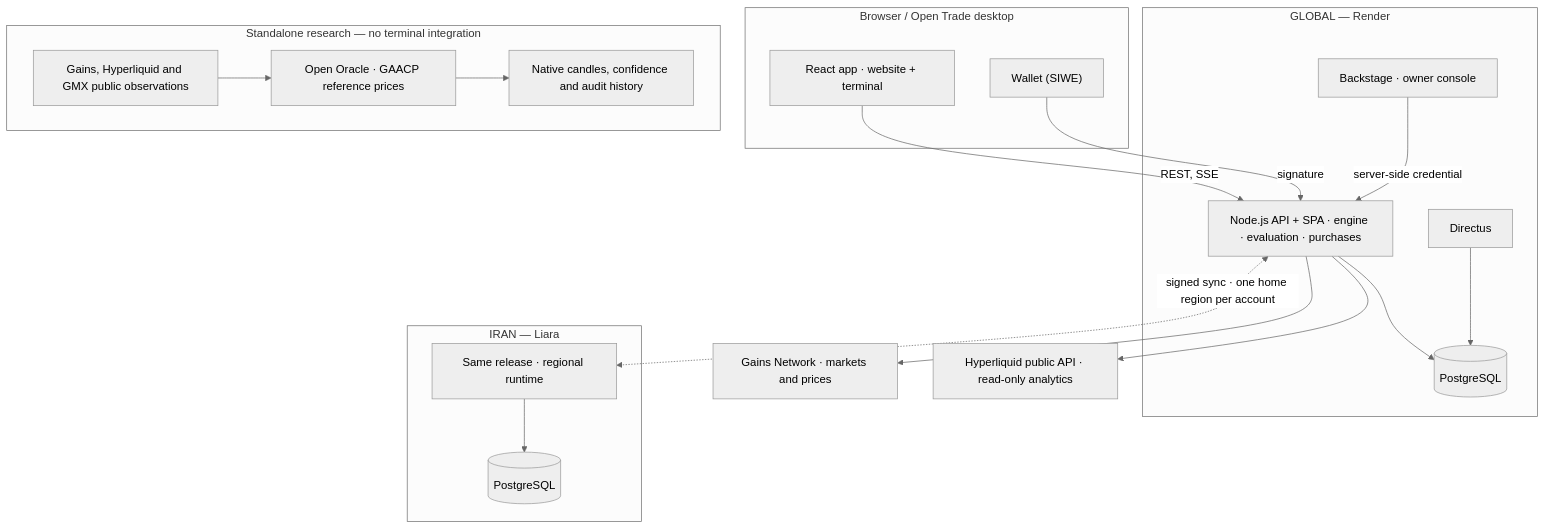
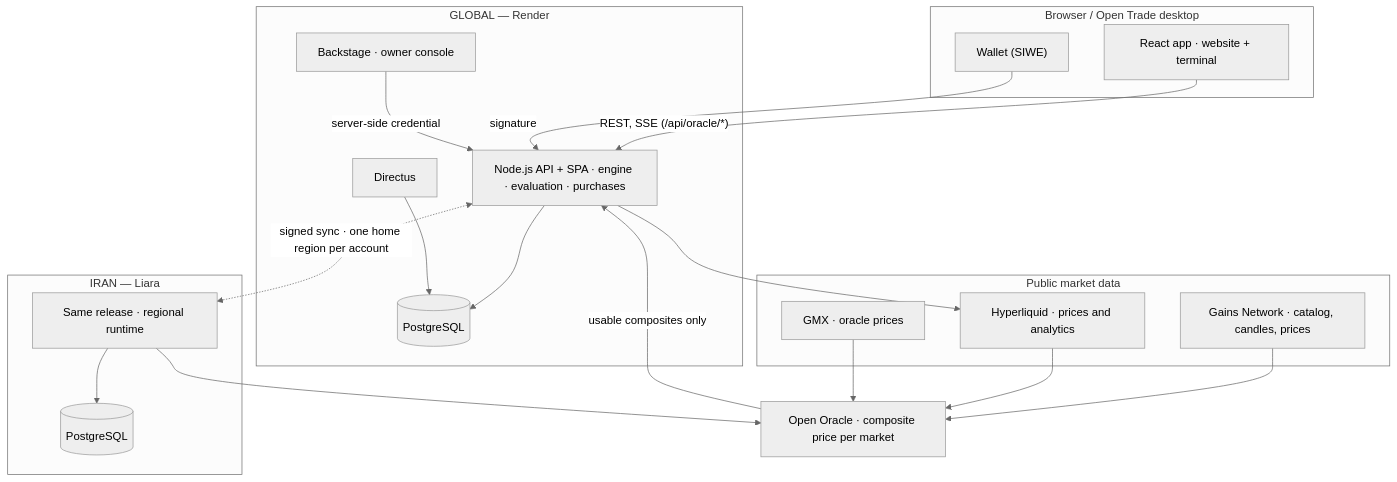
Before and after one commit to algomanlife/openfund: the diagram in README.md, drawn with Mermaid (neutral theme). The commit also changed other lines of this file and 20 other files, not shown here.

First line of the commit message:
docs(readme): describe Open Oracle and the wallet picker; link every provider orb

````diff
--- a/README.md
+++ b/README.md
@@ -240,32 +247,36 @@
 ```mermaid
 flowchart TB
   subgraph Client["Browser / Open Trade desktop"]
     Web["React app · website + terminal"]
     Wallet["Wallet (SIWE)"]
   end
   subgraph Global["GLOBAL — Render"]
     API["Node.js API + SPA · engine · evaluation · purchases"]
     CMS["Directus"]
     DB[("PostgreSQL")]
     BS["Backstage · owner console"]
   end
   subgraph Iran["IRAN — Liara"]
     APIIR["Same release · regional runtime"]
     DBIR[("PostgreSQL")]
   end
-  Gains["Gains Network · markets and prices"]
-  HL["Hyperliquid public API · read-only analytics"]
-  Web -->|REST, SSE| API
+  subgraph Providers["Public market data"]
+    Gains["Gains Network · catalog, candles, prices"]
+    HL["Hyperliquid · prices and analytics"]
+    GMX["GMX · oracle prices"]
+  end
+  Oracle["Open Oracle · composite price per market"]
+  Web -->|"REST, SSE (/api/oracle/*)"| API
   Wallet -->|signature| API
   BS -->|server-side credential| API
   API --> DB
   CMS --> DB
-  API --> Gains
+  Gains --> Oracle
+  HL --> Oracle
+  GMX --> Oracle
+  Oracle -->|"usable composites only"| API
   API --> HL
-  subgraph OracleResearch["Standalone research — no terminal integration"]
-    OracleInputs["Gains, Hyperliquid and GMX public observations"] --> Oracle["Open Oracle · GAACP reference prices"]
-    Oracle --> OracleOutput["Native candles, confidence and audit history"]
-  end
   APIIR --> DBIR
+  APIIR --> Oracle
   API <-.->|"signed sync · one home region per account"| APIIR
 ```
````
